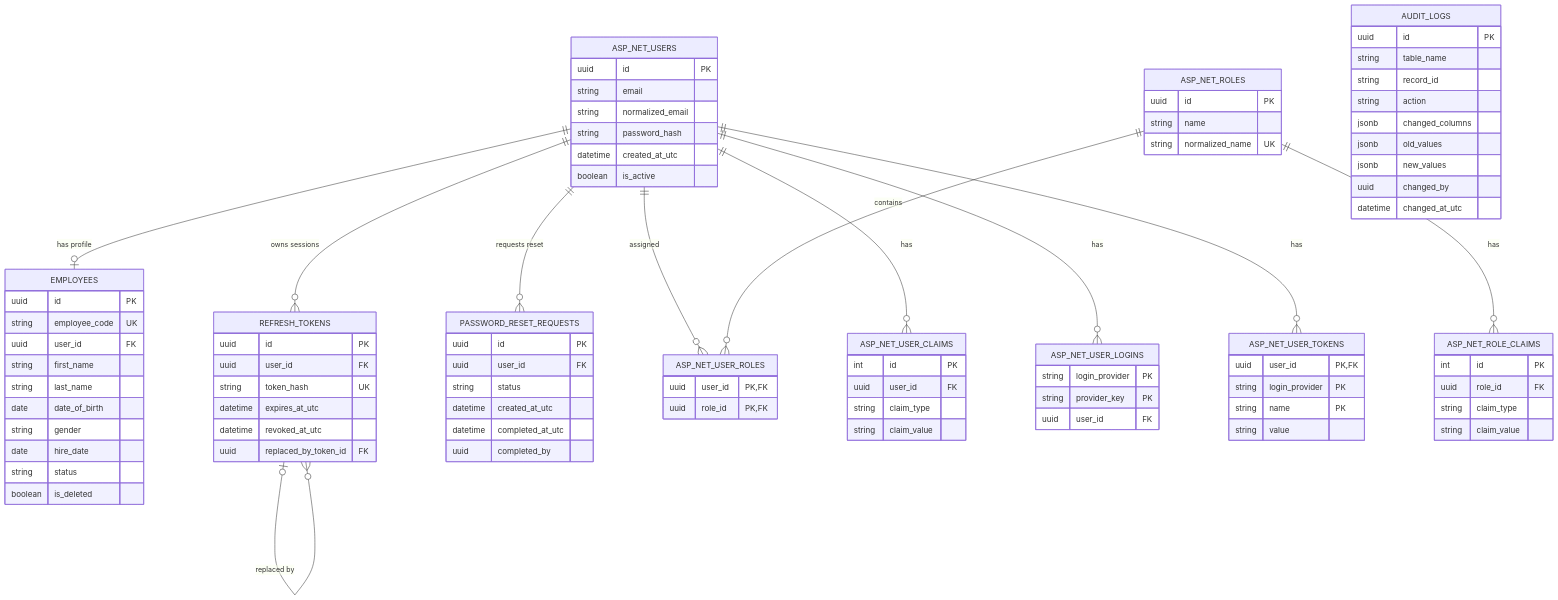
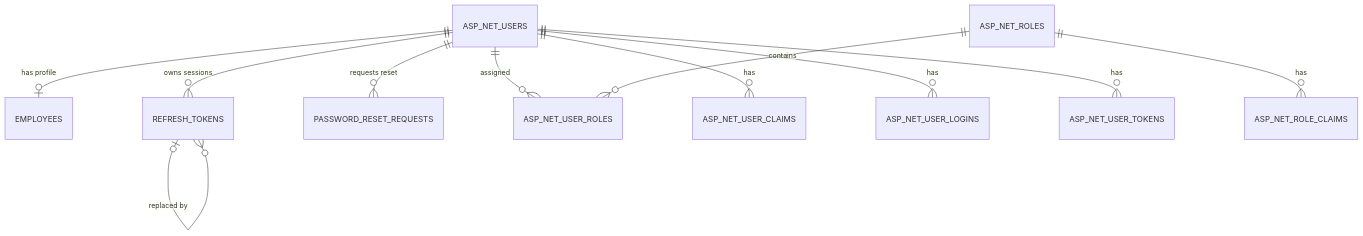
Before and after one commit to tunhuyhd/HRManagement: the diagram in CURRENT_DATABASE_ERD.md, drawn with Mermaid. The commit also changed other lines of this file and 4 other files, not shown here.

````diff
--- a/CURRENT_DATABASE_ERD.md
+++ b/CURRENT_DATABASE_ERD.md
@@ -300,101 +262,10 @@
     ASP_NET_USERS ||--o{ REFRESH_TOKENS : "owns sessions"
     ASP_NET_USERS ||--o{ PASSWORD_RESET_REQUESTS : "requests reset"
     REFRESH_TOKENS o|--o{ REFRESH_TOKENS : "replaced by"
-
     ASP_NET_USERS ||--o{ ASP_NET_USER_ROLES : "assigned"
     ASP_NET_ROLES ||--o{ ASP_NET_USER_ROLES : "contains"
     ASP_NET_USERS ||--o{ ASP_NET_USER_CLAIMS : "has"
     ASP_NET_USERS ||--o{ ASP_NET_USER_LOGINS : "has"
     ASP_NET_USERS ||--o{ ASP_NET_USER_TOKENS : "has"
     ASP_NET_ROLES ||--o{ ASP_NET_ROLE_CLAIMS : "has"
-
-    ASP_NET_USERS {
-        uuid id PK
-        string email
-        string normalized_email
-        string password_hash
-        datetime created_at_utc
-        boolean is_active
-    }
-
-    EMPLOYEES {
-        uuid id PK
-        string employee_code UK
-        uuid user_id FK
-        string first_name
-        string last_name
-        date date_of_birth
-        string gender
-        date hire_date
-        string status
-        boolean is_deleted
-    }
-
-    REFRESH_TOKENS {
-        uuid id PK
-        uuid user_id FK
-        string token_hash UK
-        datetime expires_at_utc
-        datetime revoked_at_utc
-        uuid replaced_by_token_id FK
-    }
-
-    PASSWORD_RESET_REQUESTS {
-        uuid id PK
-        uuid user_id FK
-        string status
-        datetime created_at_utc
-        datetime completed_at_utc
-        uuid completed_by
-    }
-
-    ASP_NET_ROLES {
-        uuid id PK
-        string name
-        string normalized_name UK
-    }
-
-    ASP_NET_USER_ROLES {
-        uuid user_id PK,FK
-        uuid role_id PK,FK
-    }
-
-    ASP_NET_USER_CLAIMS {
-        int id PK
-        uuid user_id FK
-        string claim_type
-        string claim_value
-    }
-
-    ASP_NET_ROLE_CLAIMS {
-        int id PK
-        uuid role_id FK
-        string claim_type
-        string claim_value
-    }
-
-    ASP_NET_USER_LOGINS {
-        string login_provider PK
-        string provider_key PK
-        uuid user_id FK
-    }
-
-    ASP_NET_USER_TOKENS {
-        uuid user_id PK,FK
-        string login_provider PK
-        string name PK
-        string value
-    }
-
-    AUDIT_LOGS {
-        uuid id PK
-        string table_name
-        string record_id
-        string action
-        jsonb changed_columns
-        jsonb old_values
-        jsonb new_values
-        uuid changed_by
-        datetime changed_at_utc
-    }
 ```
````
